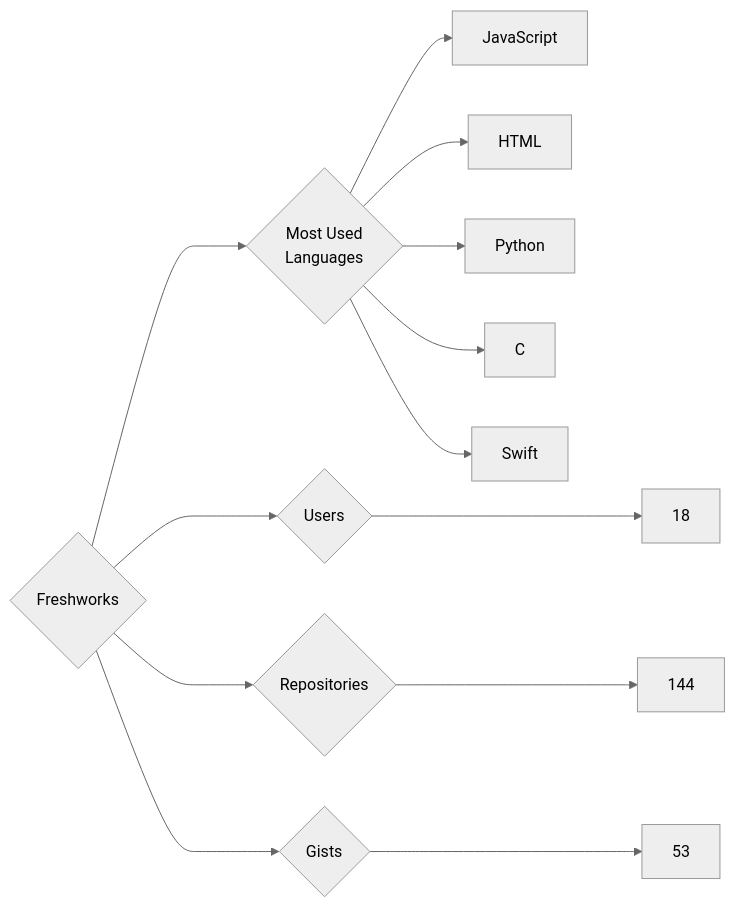
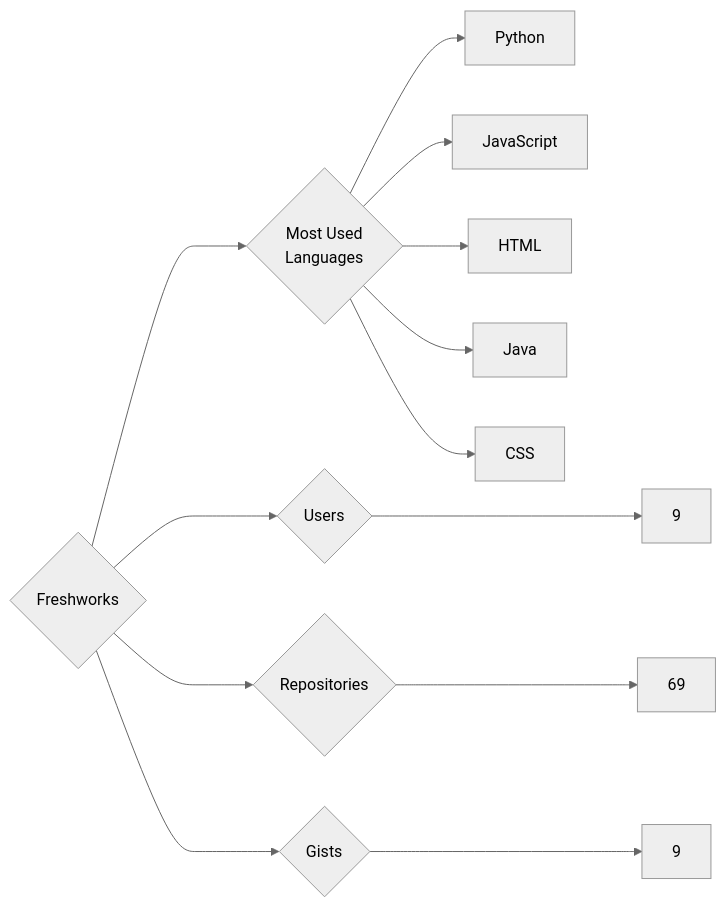
The diagram in targets/Freshworks/README.md (trickest/insiders), drawn with Mermaid (neutral theme) before and after one commit. The commit also changed 1314 other files, not shown here.

````diff
--- a/targets/Freshworks/README.md
+++ b/targets/Freshworks/README.md
@@ -3,13 +3,13 @@
 ```mermaid
 graph LR
 COMPANY_NAME{Freshworks}
-COMPANY_NAME ---> U{Users} ---> UN[18]
-COMPANY_NAME ---> R{Repositories} ---> RN[144]
-COMPANY_NAME ---> G{Gists} ---> GN[53]
+COMPANY_NAME ---> U{Users} ---> UN[9]
+COMPANY_NAME ---> R{Repositories} ---> RN[69]
+COMPANY_NAME ---> G{Gists} ---> GN[9]
 COMPANY_NAME ---> ML{Most Used<br>Languages}
+ML --> Python[Python]
 ML --> JavaScript[JavaScript]
 ML --> HTML[HTML]
-ML --> Python[Python]
-ML --> C[C]
-ML --> Swift[Swift]
+ML --> Java[Java]
+ML --> CSS[CSS]
 ```
````
